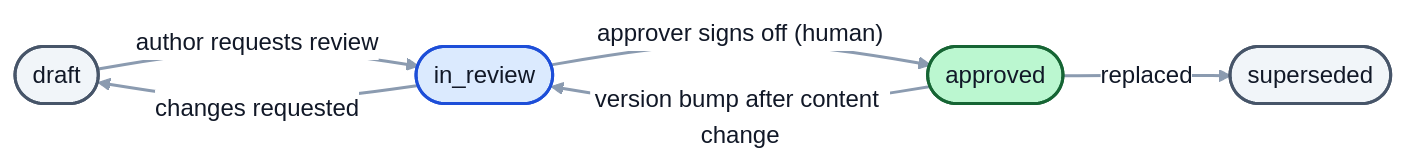
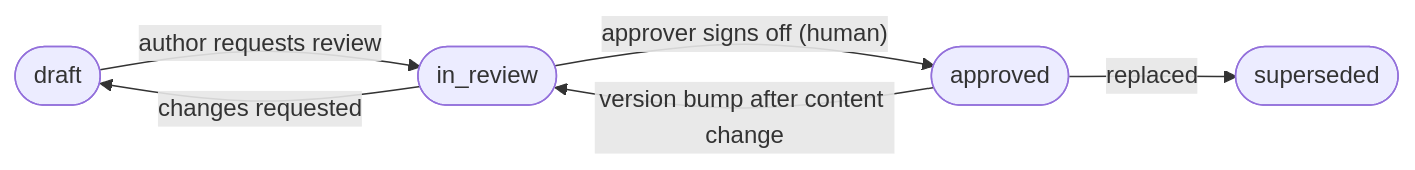
The second of 3 diagrams in skills/agentic-sdlc-bootstrap/references/diagramming-guide.md (rafapc2/agentic_sdlc), drawn with Mermaid before and after one commit. The commit also changed other lines of this file and 12 other files, not shown here.

First line of the commit message:
fix: use the default Mermaid theme in diagrams

````diff
--- a/skills/agentic-sdlc-bootstrap/references/diagramming-guide.md
+++ b/skills/agentic-sdlc-bootstrap/references/diagramming-guide.md
@@ -54,13 +50,8 @@
 ```mermaid
-%%{init: {"theme":"base","themeVariables":{"fontFamily":"Arial, sans-serif","fontSize":"16px","lineColor":"#8b9bb0","textColor":"#111827","primaryTextColor":"#111827","primaryColor":"#dbeafe","primaryBorderColor":"#1d4ed8","edgeLabelBackground":"#ffffff","clusterBkg":"#f1f5f9","clusterBorder":"#475569","titleColor":"#111827"},"flowchart":{"curve":"basis","padding":14}}}%%
 flowchart LR
-  draft(["draft"]):::neutral -- author requests review --> in_review(["in_review"]):::agent
+  draft(["draft"]) -- author requests review --> in_review(["in_review"])
   in_review -- changes requested --> draft
-  in_review -- "approver signs off (human)" --> approved(["approved"]):::ok
+  in_review -- "approver signs off (human)" --> approved(["approved"])
   approved -- "version bump after content change" --> in_review
-  approved -- replaced --> superseded(["superseded"]):::neutral
-  classDef neutral fill:#f1f5f9,stroke:#475569,stroke-width:2px,color:#111827;
-  classDef agent fill:#dbeafe,stroke:#1d4ed8,stroke-width:2px,color:#111827;
-  classDef ok fill:#bbf7d0,stroke:#166534,stroke-width:2px,color:#111827;
-  linkStyle default stroke-width:2px;
+  approved -- replaced --> superseded(["superseded"])
 ```
````
